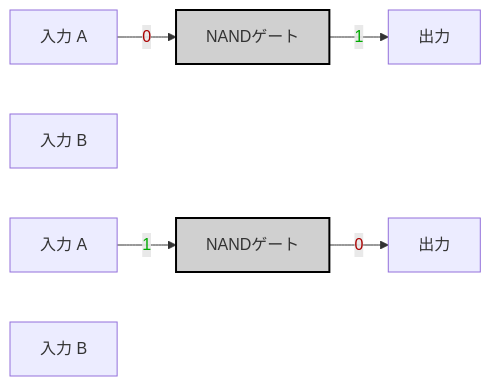
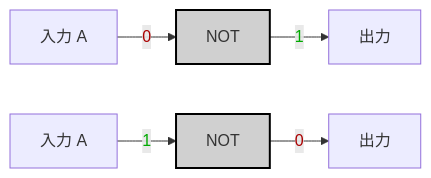
One commit to MeJamoLeo/Vault_Templates changed the first of 2 diagrams in 99_Projects/Nand2Tetris/HackHDL/NOT.md. Above: the diagram before and after it, drawn with Mermaid. The commit also changed other lines of this file and 3 other files, not shown here.

````diff
--- a/99_Projects/Nand2Tetris/HackHDL/NOT.md
+++ b/99_Projects/Nand2Tetris/HackHDL/NOT.md
@@ -19,12 +19,10 @@
-```mermaid
+``` mermaid
 graph LR;
     A0["入力 A"] -->|<span style="color:#a00">0</span>| NAND0;
-    B0["入力 B"] 
-    NAND0["NANDゲート"]:::gate -->|<span style="color:#0a0">1</span>| OUT0["出力"];
+    NAND0["NOT"]:::gate -->|<span style="color:#0a0">1</span>| OUT0["出力"];
 
-    A2["入力 A"] -->|<span style="color:#0a0">1</span>| NAND2;
-    B2["入力 B"]
-    NAND2["NANDゲート"]:::gate -->|<span style="color:#a00">0</span>| OUT2["出力"];
+    A1["入力 A"] -->|<span style="color:#0a0">1</span>| NAND1;
+    NAND1["NOT"]:::gate -->|<span style="color:#a00">0</span>| OUT1["出力"];
 
     classDef gate fill:#d0d0d0,stroke:#000,stroke-width:2px;
 ```
````
